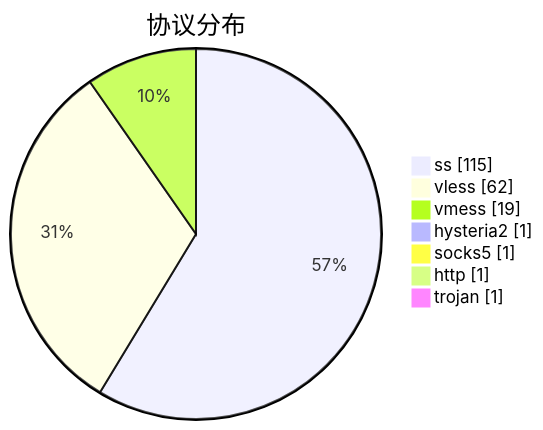
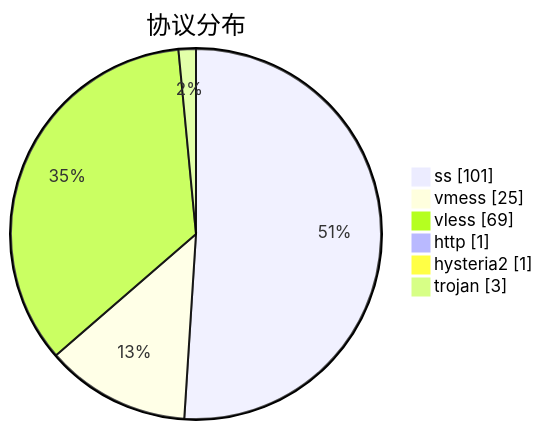
The third of 3 diagrams in subs/statistics/tested_within.md (qjlxg/airport), drawn with Mermaid before and after one commit. The commit also changed other lines of this file and 2 other files, not shown here.

````diff
--- a/subs/statistics/tested_within.md
+++ b/subs/statistics/tested_within.md
@@ -26,11 +25,10 @@
 ```mermaid
 pie showData
 title 协议分布
-"ss" : 115
-"vless" : 62
-"vmess" : 19
+"ss" : 101
+"vmess" : 25
+"vless" : 69
+"http" : 1
 "hysteria2" : 1
-"socks5" : 1
-"http" : 1
-"trojan" : 1
+"trojan" : 3
 ```
````
